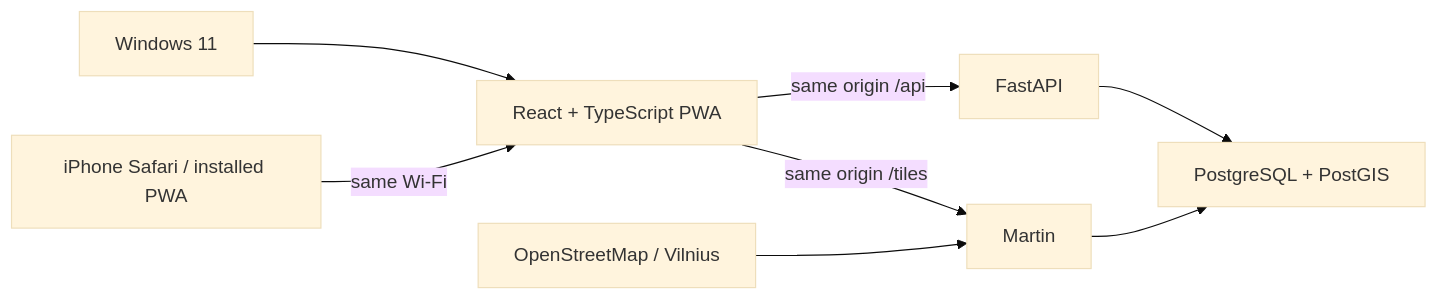
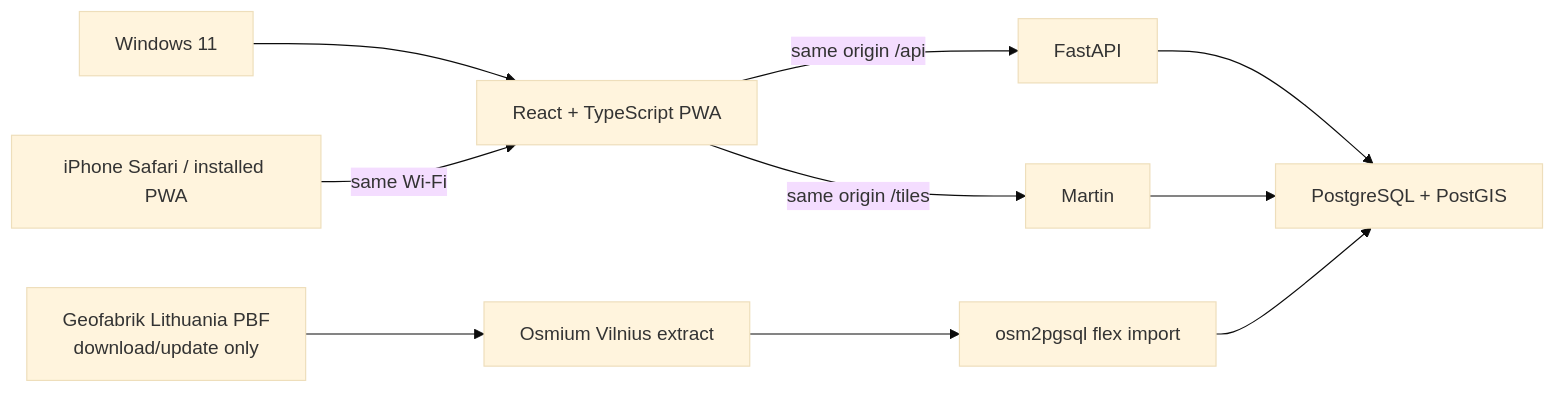
One commit to Umar3331/Map changed the diagram in README.md. Above: the diagram before and after it, drawn with Mermaid (base theme). The commit also changed other lines of this file and 18 other files, not shown here.

````diff
--- a/README.md
+++ b/README.md
@@ -24,10 +24,12 @@
 ```mermaid
 flowchart LR
     W["Windows 11"] --> P["React + TypeScript PWA"]
     P -->|"same origin /api"| A["FastAPI"]
     P -->|"same origin /tiles"| T["Martin"]
     A --> D["PostgreSQL + PostGIS"]
     T --> D
-    O["OpenStreetMap / Vilnius"] --> T
+    O["Geofabrik Lithuania PBF<br/>download/update only"] --> X["Osmium Vilnius extract"]
+    X --> G["osm2pgsql flex import"]
+    G --> D
     I["iPhone Safari / installed PWA"] -->|"same Wi-Fi"| P
 ```
````
